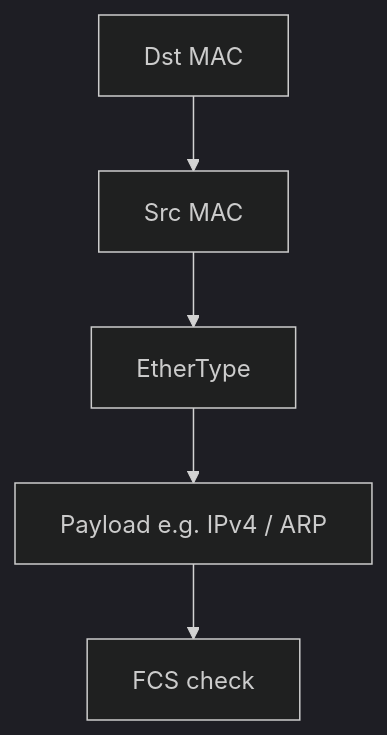
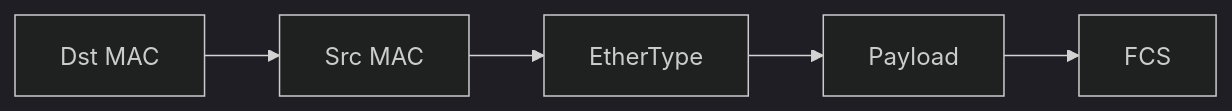
The second of 8 diagrams in learning/04-data-link-layer.md (omnayak27199/pktana), drawn with Mermaid (dark theme) before and after one commit. The commit also changed other lines of this file and 14 other files, not shown here.

````diff
--- a/learning/04-data-link-layer.md
+++ b/learning/04-data-link-layer.md
@@ -34,7 +53,4 @@
 ```mermaid
-flowchart TB
-  Dst[Dst MAC] --> Src[Src MAC]
-  Src --> Type[EtherType]
-  Type --> Payload[Payload e.g. IPv4 / ARP]
-  Payload --> FCS[FCS check]
+flowchart LR
+  Dst[Dst MAC] --> Src[Src MAC] --> Type[EtherType] --> Data[Payload] --> FCS[FCS]
 ```
````
